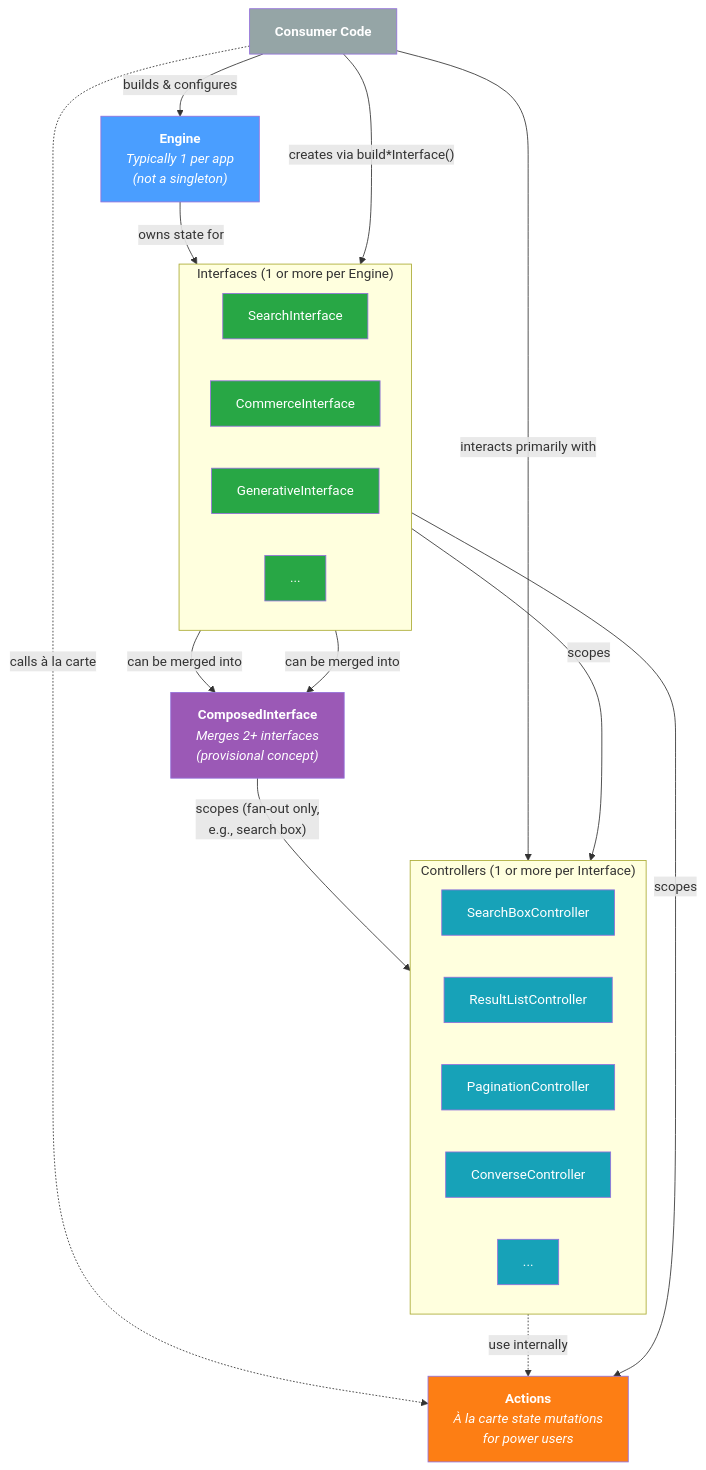
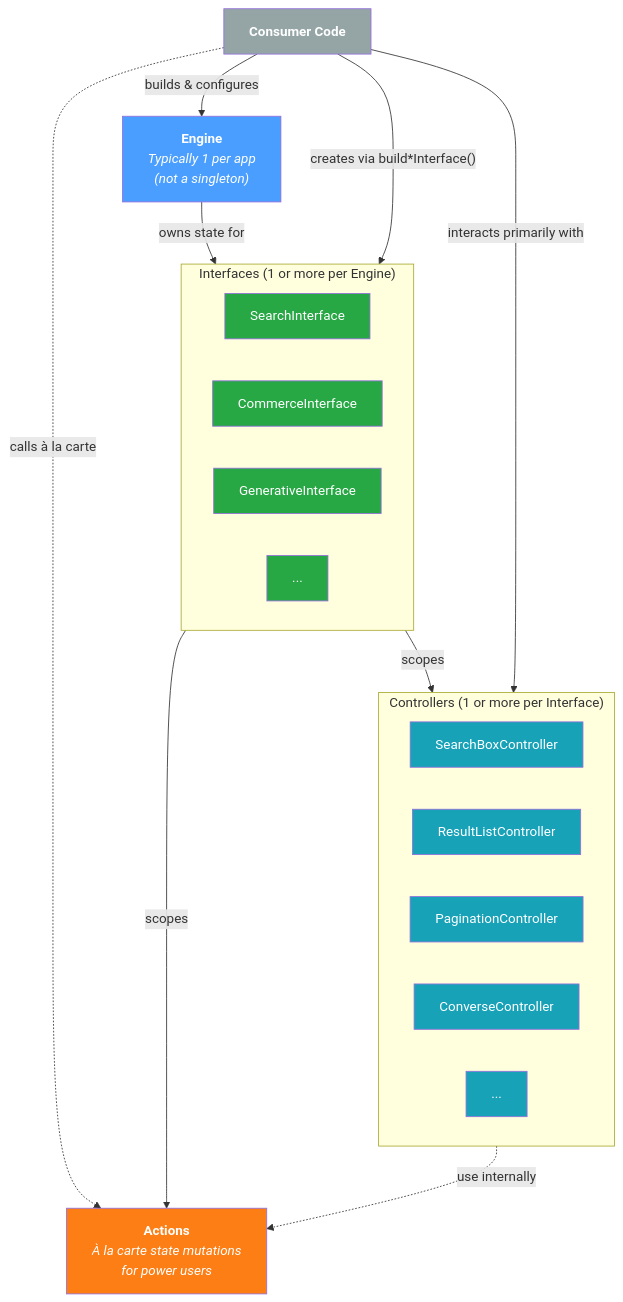
Before and after one commit to coveo/ui-kit: the diagram in packages/thermidor/docs/internal/adr/ADR-005-public-facing-abstractions.mermaid, drawn with Mermaid. The commit also changed 8 other files, not shown here.

```diff
--- a/packages/thermidor/docs/internal/adr/ADR-005-public-facing-abstractions.mermaid
+++ b/packages/thermidor/docs/internal/adr/ADR-005-public-facing-abstractions.mermaid
@@ -1,58 +1,55 @@
 graph TB
     %% Engine
     Engine["<b>Engine</b><br/><i>Typically 1 per app<br/>(not a singleton)</i>"]
 
     %% Interfaces
     subgraph Interfaces["Interfaces (1 or more per Engine)"]
         direction LR
         SearchIface["SearchInterface"]
         CommerceIface["CommerceInterface"]
         GenIface["GenerativeInterface"]
         MoreIface["..."]
     end
-
-    %% Composed Interface
-    Composed["<b>ComposedInterface</b><br/><i>Merges 2+ interfaces<br/>(provisional concept)</i>"]
 
     %% Controllers
     subgraph Controllers["Controllers (1 or more per Interface)"]
         direction LR
         SBC["SearchBoxController"]
         RLC["ResultListController"]
         PC["PaginationController"]
         CC["ConverseController"]
         MoreC["..."]
     end
 
     %% Actions
     Actions["<b>Actions</b><br/><i>À la carte state mutations<br/>for power users</i>"]
 
     %% Consumer
     Consumer["<b>Consumer Code</b>"]
 
     %% Relationships
     Engine -->|"owns state for"| Interfaces
-    SearchIface & CommerceIface -->|"can be merged into"| Composed
     Interfaces -->|"scopes"| Controllers
-    Composed -->|"scopes (fan-out only,<br/>e.g., search box)"| Controllers
+    Interfaces -->|"scopes"| Actions
     Controllers -.->|"use internally"| Actions
-    Interfaces -->|"scopes"| Actions
     Consumer -->|"builds & configures"| Engine
     Consumer -->|"creates via build*Interface()"| Interfaces
     Consumer -->|"interacts primarily with"| Controllers
     Consumer -.->|"calls à la carte"| Actions
 
+    %% Note: Controllers accept any interface satisfying Supports<F>
+    %% Fan-out controllers (e.g., search box) can work with multiple interface types
+
     %% Styling
     style Engine fill:#4a9eff,color:#fff
-    style Composed fill:#9b59b6,color:#fff
     style Actions fill:#fd7e14,color:#fff
     style Consumer fill:#95a5a6,color:#fff
     style SearchIface fill:#28a745,color:#fff
     style CommerceIface fill:#28a745,color:#fff
     style GenIface fill:#28a745,color:#fff
     style MoreIface fill:#28a745,color:#fff
     style SBC fill:#17a2b8,color:#fff
     style RLC fill:#17a2b8,color:#fff
     style PC fill:#17a2b8,color:#fff
     style CC fill:#17a2b8,color:#fff
     style MoreC fill:#17a2b8,color:#fff
```
